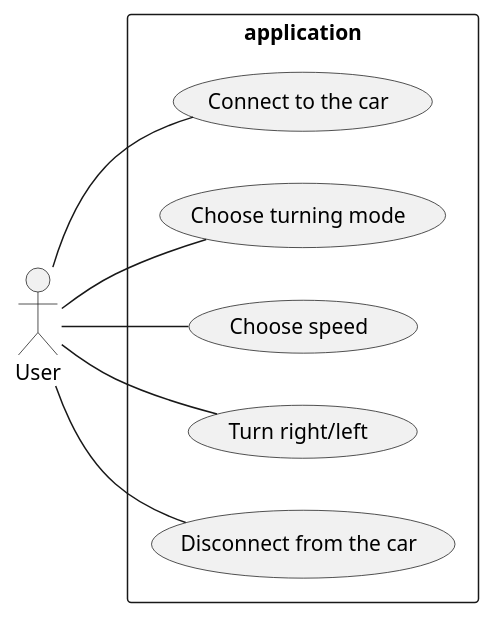
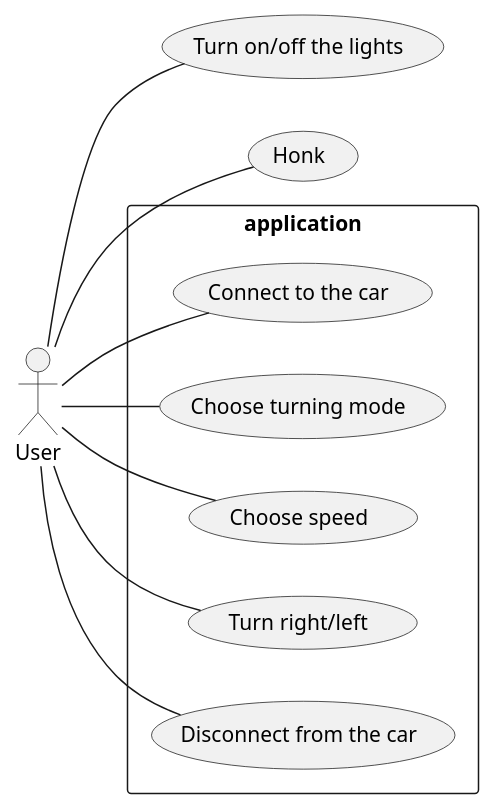
Before and after one commit to Zagrael/WRC_Car: the diagram in app/src/main/java/WFRC_UseCases.puml, drawn with PlantUML.

Commit message:
Ajout de Use Cases qu'on ne réalisera pas

```diff
--- a/app/src/main/java/WFRC_UseCases.puml
+++ b/app/src/main/java/WFRC_UseCases.puml
@@ -1,13 +1,15 @@
 @startuml
 left to right direction
 
 Actor User
 
 rectangle application{
 User -- (Connect to the car)
 User -- (Choose turning mode)
 User -- (Choose speed)
 User -- (Turn right/left)
 User -- (Disconnect from the car)
 }
+User -- (Turn on/off the lights)
+User -- (Honk)
 @enduml
```
